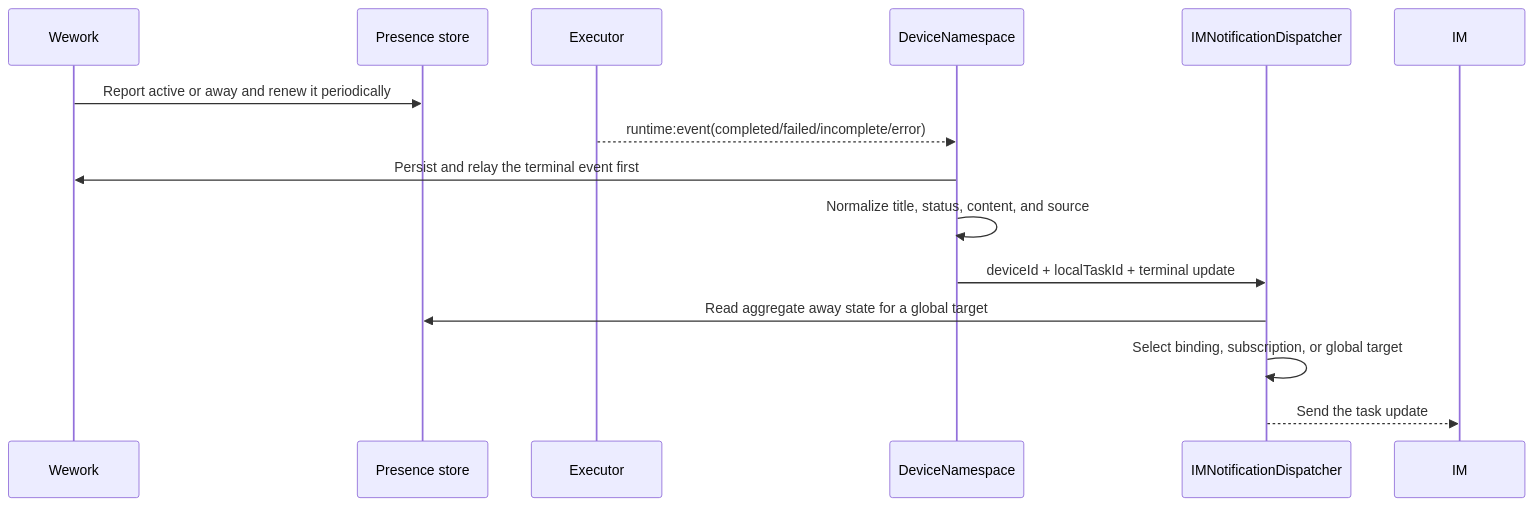
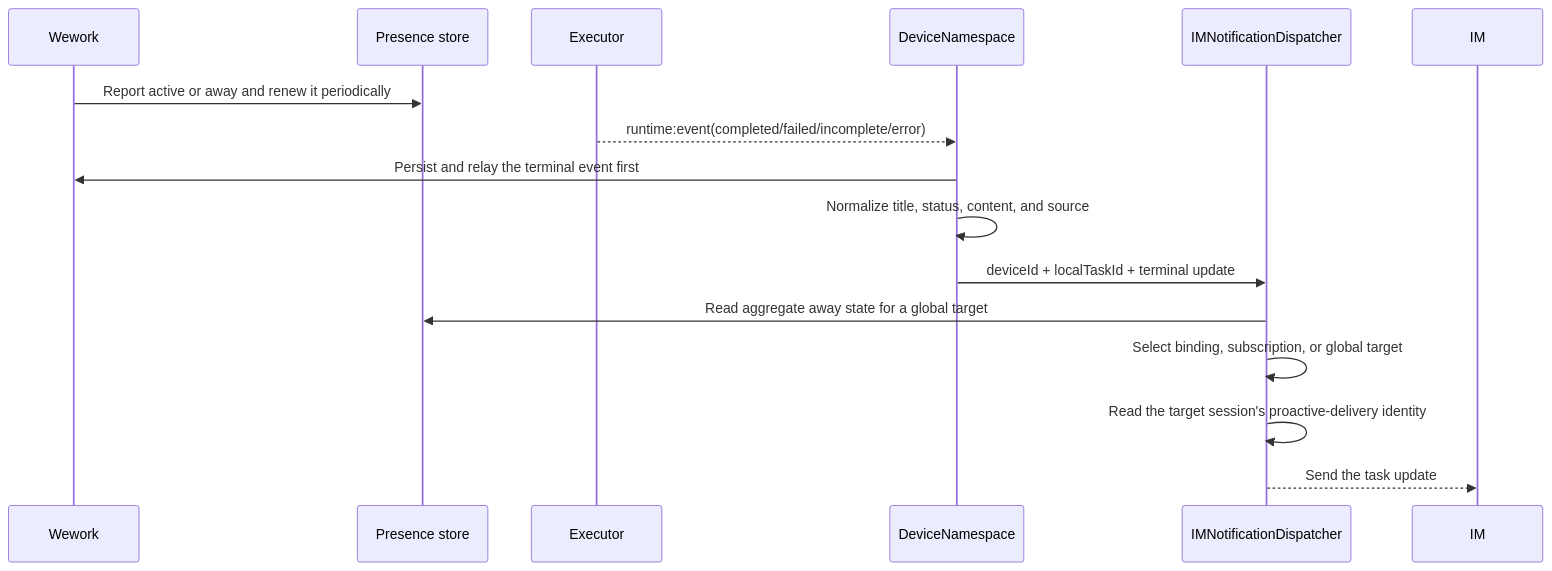
The second of 2 diagrams in docs/en/architecture/runtime-im-notifications.md (wecode-ai/Wegent), drawn with Mermaid before and after one commit. The commit also changed other lines of this file and 10 other files, not shown here.

````diff
--- a/docs/en/architecture/runtime-im-notifications.md
+++ b/docs/en/architecture/runtime-im-notifications.md
@@ -23,18 +24,19 @@
 ```mermaid
 sequenceDiagram
     participant W as Wework
     participant P as Presence store
     participant E as Executor
     participant D as DeviceNamespace
     participant N as IMNotificationDispatcher
     participant I as IM
 
     W->>P: Report active or away and renew it periodically
     E-->>D: runtime:event(completed/failed/incomplete/error)
     D->>W: Persist and relay the terminal event first
     D->>D: Normalize title, status, content, and source
     D->>N: deviceId + localTaskId + terminal update
     N->>P: Read aggregate away state for a global target
     N->>N: Select binding, subscription, or global target
+    N->>N: Read the target session's proactive-delivery identity
     N-->>I: Send the task update
 ```
````
